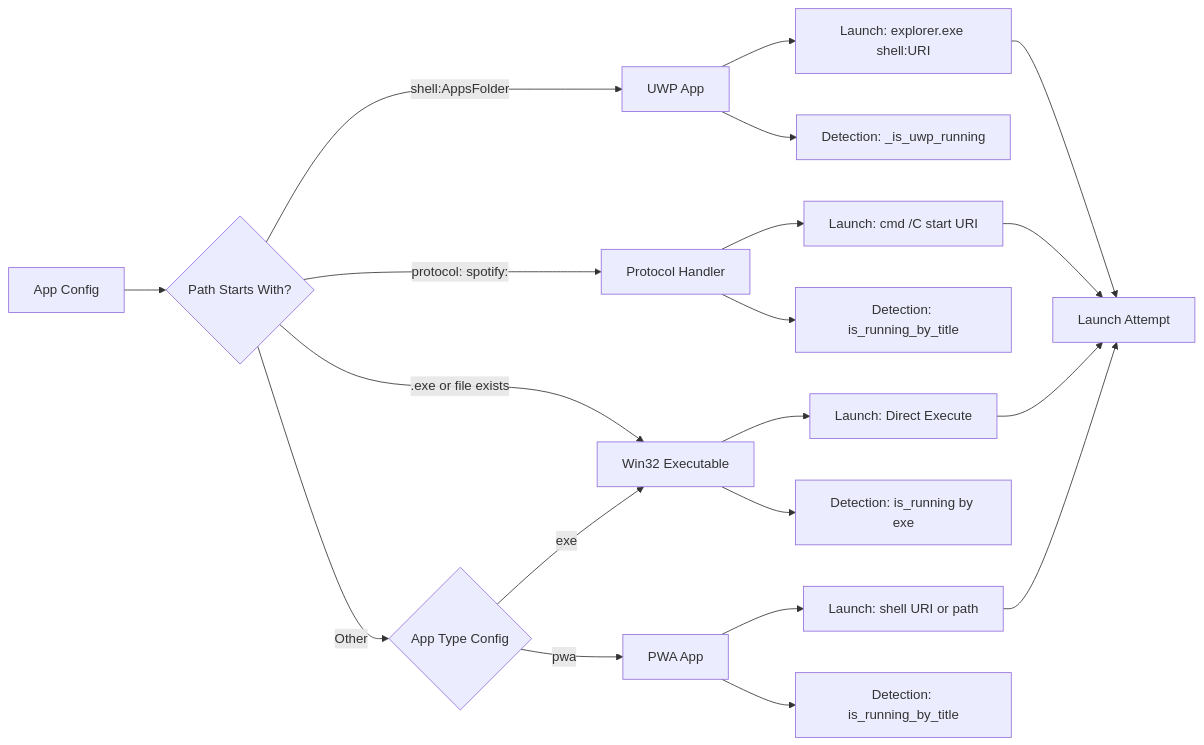
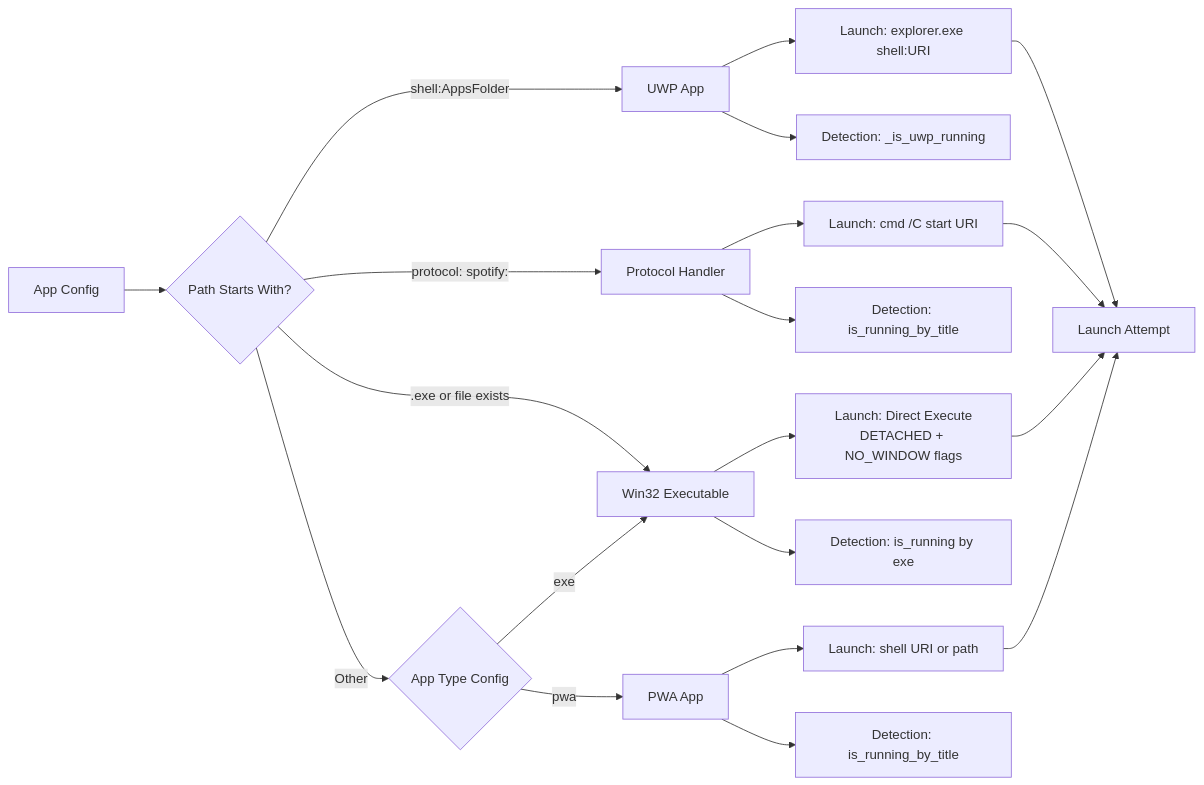
One commit to error-debug-run/HELL changed the third of 9 diagrams in control/apps.md. Above: the diagram before and after it, drawn with Mermaid. The commit also changed other lines of this file and 1 other file, not shown here.

````diff
--- a/control/apps.md
+++ b/control/apps.md
@@ -130,28 +126,28 @@
 ```mermaid
 flowchart LR
     A[App Config] --> B{Path Starts With?}
     
     B -->|shell:AppsFolder| C[UWP App]
     B -->|protocol: spotify:| D[Protocol Handler]
     B -->|.exe or file exists| E[Win32 Executable]
     B -->|Other| F{App Type Config}
     
     C --> C1[Launch: explorer.exe shell:URI]
     C --> C2[Detection: _is_uwp_running]
     
     D --> D1[Launch: cmd /C start URI]
     D --> D2[Detection: is_running_by_title]
     
-    E --> E1[Launch: Direct Execute]
+    E --> E1[Launch: Direct Execute<br/>DETACHED + NO_WINDOW flags]
     E --> E2[Detection: is_running by exe]
     
     F -->|pwa| G[PWA App]
     F -->|exe| E
     G --> G1[Launch: shell URI or path]
     G --> G2[Detection: is_running_by_title]
     
     C1 --> H[Launch Attempt]
     D1 --> H
     E1 --> H
     G1 --> H
 ```
````
